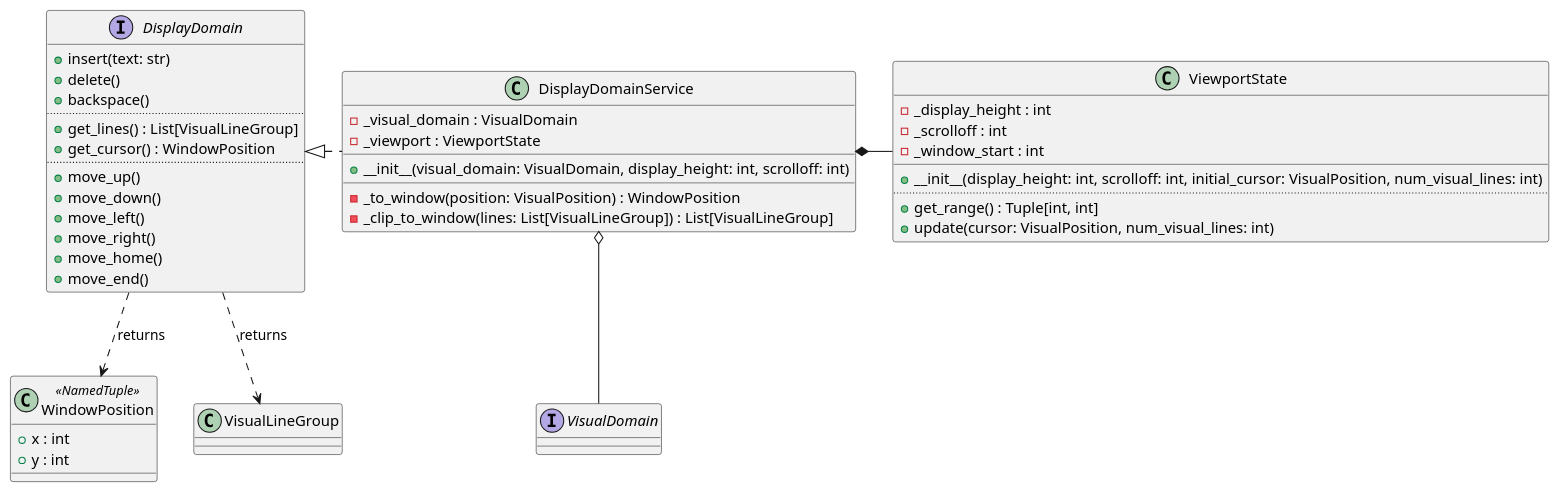
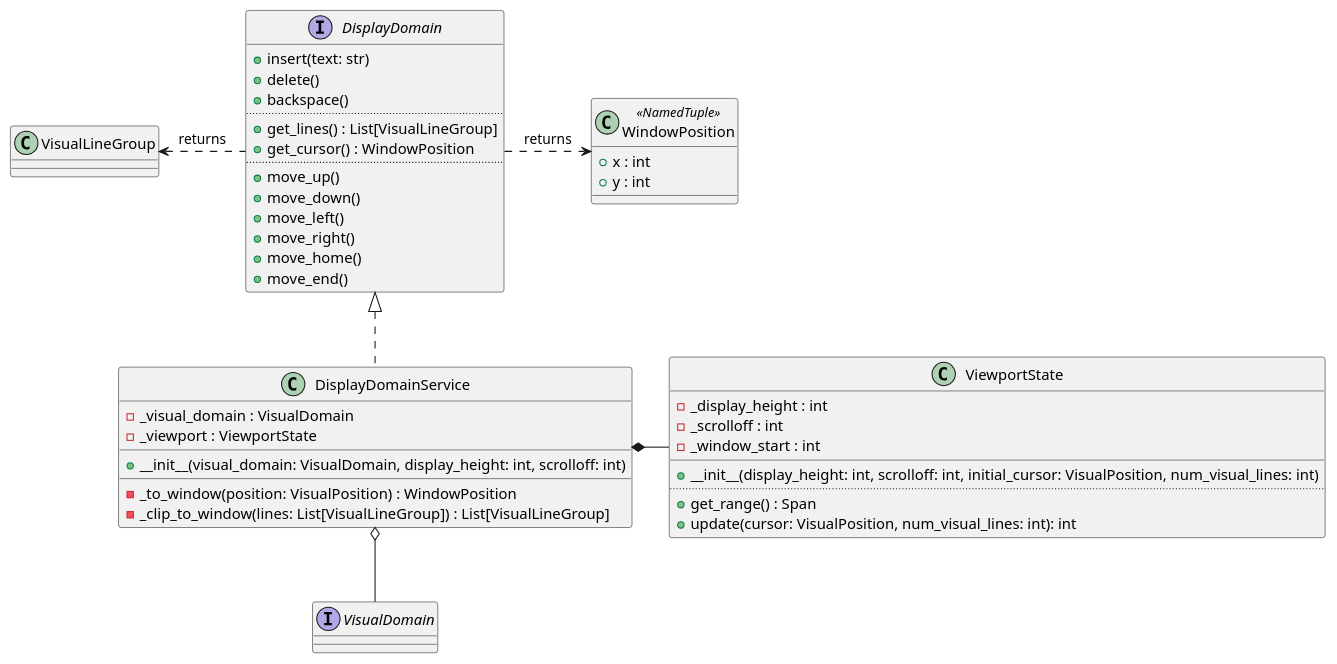
One commit to JoeRittiner/TextEngine changed the diagram in docs/source/specs/architecture/diagrams/class-display_domain.puml. Above: the diagram before and after it, drawn with PlantUML. The commit also changed 2 other files, not shown here.

Commit message:
doc: Update class diagrams

```diff
--- a/docs/source/specs/architecture/diagrams/class-display_domain.puml
+++ b/docs/source/specs/architecture/diagrams/class-display_domain.puml
@@ -1,60 +1,60 @@
 @startuml
 
 interface VisualDomain
 
 interface DisplayDomain {
     +insert(text: str)
     +delete()
     +backspace()
     ..
     +get_lines() : List[VisualLineGroup]
     +get_cursor() : WindowPosition
     ..
     +move_up()
     +move_down()
     +move_left()
     +move_right()
     +move_home()
     +move_end()
 }
 
 class DisplayDomainService {
     -_visual_domain : VisualDomain
     -_viewport : ViewportState
     __
     +__init__(visual_domain: VisualDomain, display_height: int, scrolloff: int)
     __
     -_to_window(position: VisualPosition) : WindowPosition
     -_clip_to_window(lines: List[VisualLineGroup]) : List[VisualLineGroup]
 }
 
 class ViewportState {
     -_display_height : int
     -_scrolloff : int
     -_window_start : int
     __
     +__init__(display_height: int, scrolloff: int, initial_cursor: VisualPosition, num_visual_lines: int)
     ..
-    +get_range() : Tuple[int, int]
+    +get_range() : Span
     ' Returns [window_start, window_start + display_height - 1]
-    +update(cursor: VisualPosition, num_visual_lines: int)
+    +update(cursor: VisualPosition, num_visual_lines: int): int
 }
 
 class WindowPosition <<NamedTuple>> {
     +x : int
     +y : int
 }
 
 ' ----
 
-DisplayDomain <|. DisplayDomainService
+DisplayDomain <|.down. DisplayDomainService
 
 DisplayDomainService *- ViewportState
 DisplayDomainService o-- VisualDomain
 
 ' ----
 
-DisplayDomain ..> WindowPosition : returns
-DisplayDomain ..> VisualLineGroup : returns
+DisplayDomain .right.> WindowPosition : returns
+DisplayDomain .left.> VisualLineGroup : returns
 
 @enduml
```
